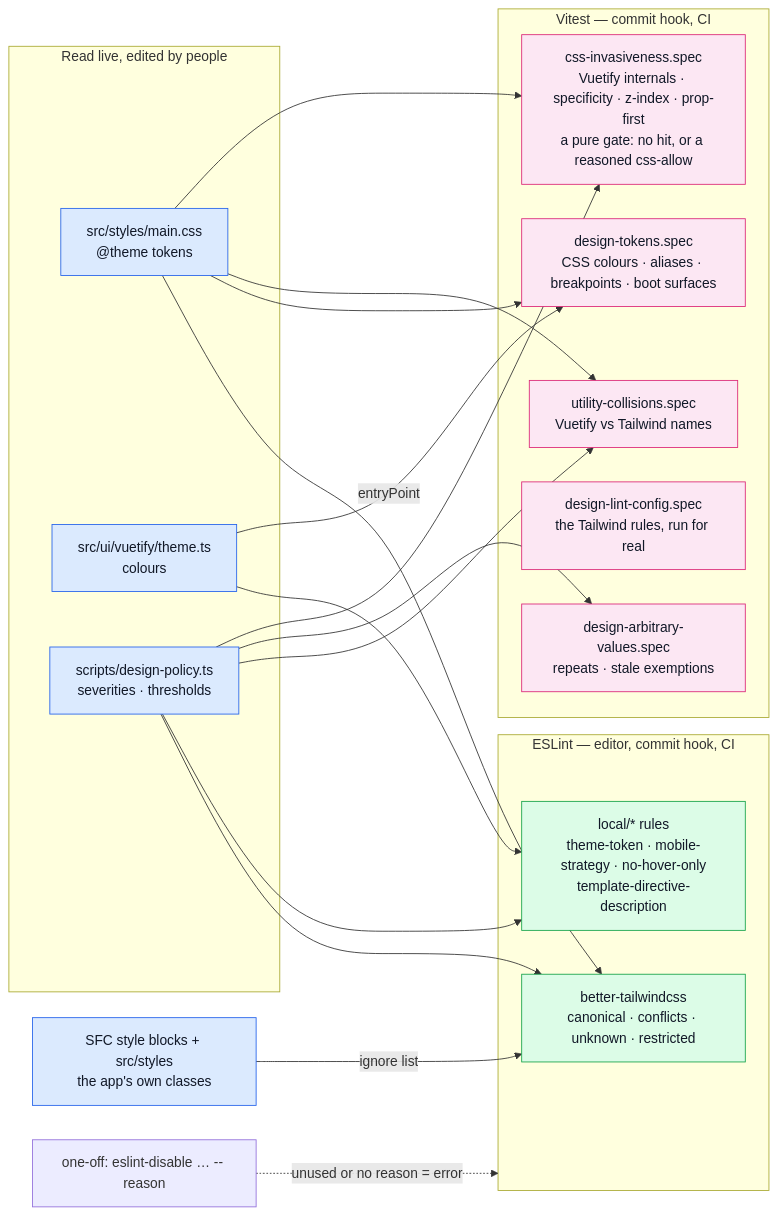
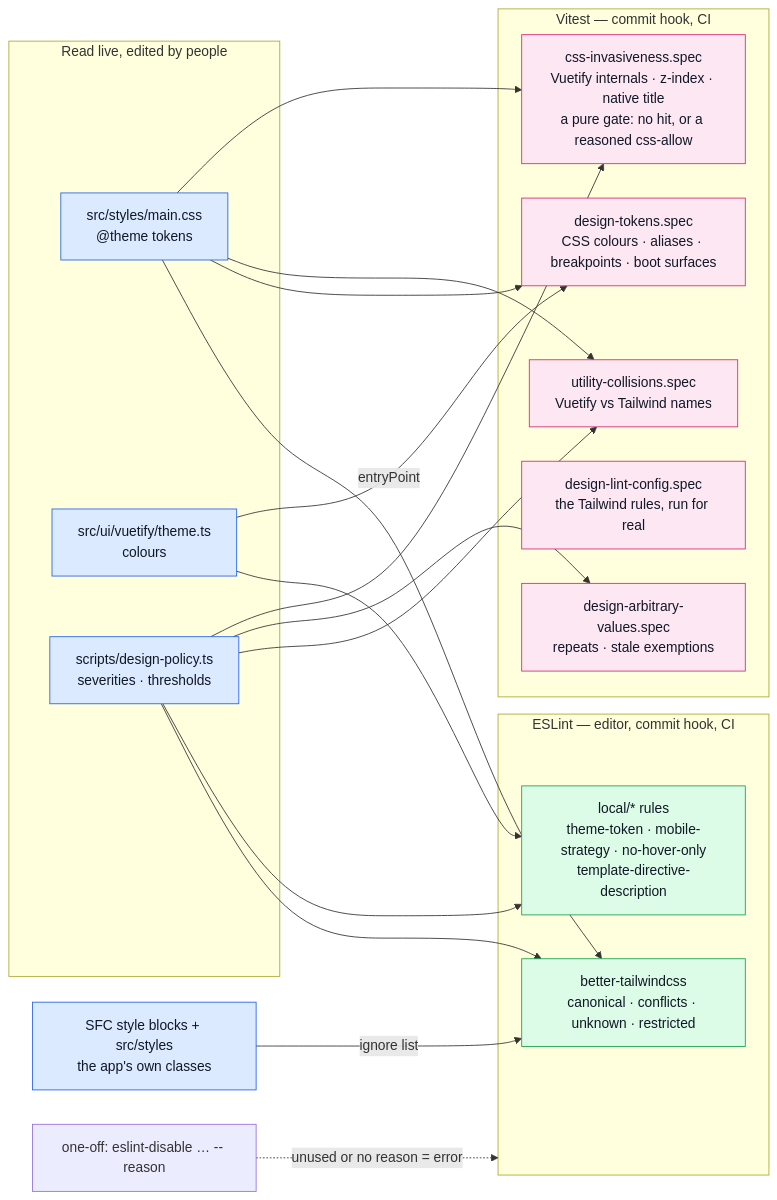
Before and after one commit to Guebbit/boilerplate-vue-frontend: the first of 2 diagrams in docs/tools/design-lint.md, drawn with Mermaid. The commit also changed other lines of this file and 8 other files, not shown here.

````diff
--- a/docs/tools/design-lint.md
+++ b/docs/tools/design-lint.md
@@ -9,43 +9,43 @@
 ```mermaid
 %%{init: {'flowchart': {'nodeSpacing': 40, 'rankSpacing': 55}}}%%
 flowchart LR
     subgraph Truth["Read live, edited by people"]
         CSS["src/styles/main.css<br/>@theme tokens"]
         Theme["src/ui/vuetify/theme.ts<br/>colours"]
         Policy["scripts/design-policy.ts<br/>severities · thresholds"]
     end
 
     subgraph Lint["ESLint — editor, commit hook, CI"]
         BTW["better-tailwindcss<br/>canonical · conflicts · unknown · restricted"]
         Local["local/* rules<br/>theme-token · mobile-strategy · no-hover-only<br/>template-directive-description"]
     end
 
     subgraph Specs["Vitest — commit hook, CI"]
         Tok["design-tokens.spec<br/>CSS colours · aliases · breakpoints · boot surfaces"]
         Col["utility-collisions.spec<br/>Vuetify vs Tailwind names"]
         Arb["design-arbitrary-values.spec<br/>repeats · stale exemptions"]
         Cfg["design-lint-config.spec<br/>the Tailwind rules, run for real"]
-        Inv["css-invasiveness.spec<br/>Vuetify internals · specificity · z-index · prop-first<br/>a pure gate: no hit, or a reasoned css-allow"]
+        Inv["css-invasiveness.spec<br/>Vuetify internals · z-index · native title<br/>a pure gate: no hit, or a reasoned css-allow"]
     end
 
     CSS -->|entryPoint| BTW
     CSS --> Tok
     CSS --> Col
     CSS --> Inv
     Styles["SFC style blocks + src/styles<br/>the app's own classes"] -->|ignore list| BTW
     Theme --> Local
     Theme --> Tok
     Policy --> BTW
     Policy --> Local
     Policy --> Col
     Policy --> Arb
     Policy --> Inv
     Hatch["one-off: eslint-disable … -- reason"] -.->|"unused or no reason = error"| Lint
 
     classDef src fill:#dbeafe,stroke:#2563eb,color:#111827;
     classDef lint fill:#dcfce7,stroke:#16a34a,color:#111827;
     classDef spec fill:#fce7f3,stroke:#db2777,color:#111827;
     class CSS,Theme,Policy,Styles src;
     class BTW,Local lint;
     class Tok,Col,Arb,Cfg,Inv spec;
 ```
````
